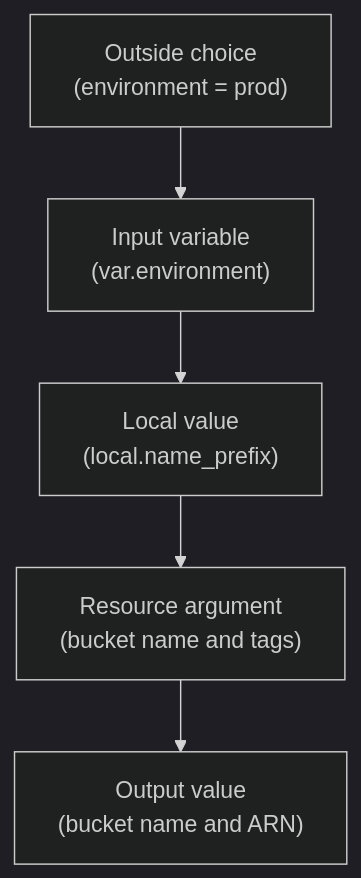
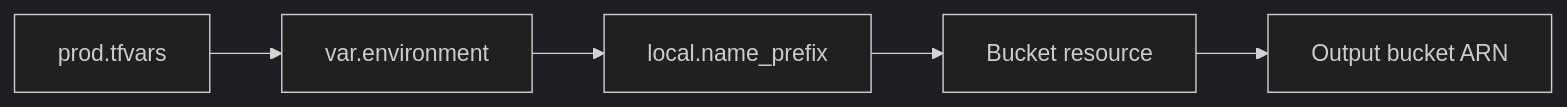
Before and after one commit to senlinyy/dev-roadmaps: the diagram in infrastructure-as-code/terraform/variables-locals-outputs.md, drawn with Mermaid (dark theme). The commit also changed other lines of this file and 10 other files, not shown here.

````diff
--- a/infrastructure-as-code/terraform/variables-locals-outputs.md
+++ b/infrastructure-as-code/terraform/variables-locals-outputs.md
@@ -33,7 +213,7 @@
 ```mermaid
-flowchart TD
-    A["Outside choice<br/>(environment = prod)"] --> B["Input variable<br/>(var.environment)"]
-    B --> C["Local value<br/>(local.name_prefix)"]
-    C --> D["Resource argument<br/>(bucket name and tags)"]
-    D --> E["Output value<br/>(bucket name and ARN)"]
+flowchart LR
+    Tfvars["prod.tfvars"] --> Var["var.environment"]
+    Var --> Local["local.name_prefix"]
+    Local --> Resource["Bucket resource"]
+    Resource --> Output["Output bucket ARN"]
 ```
````
